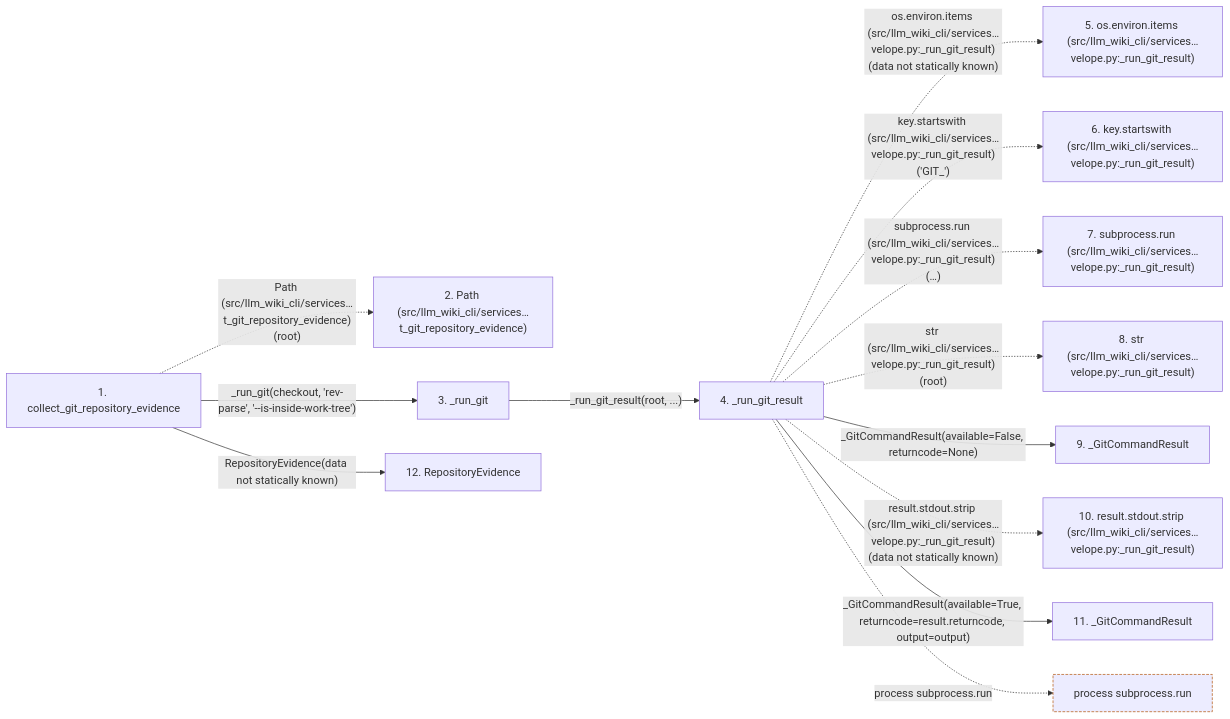
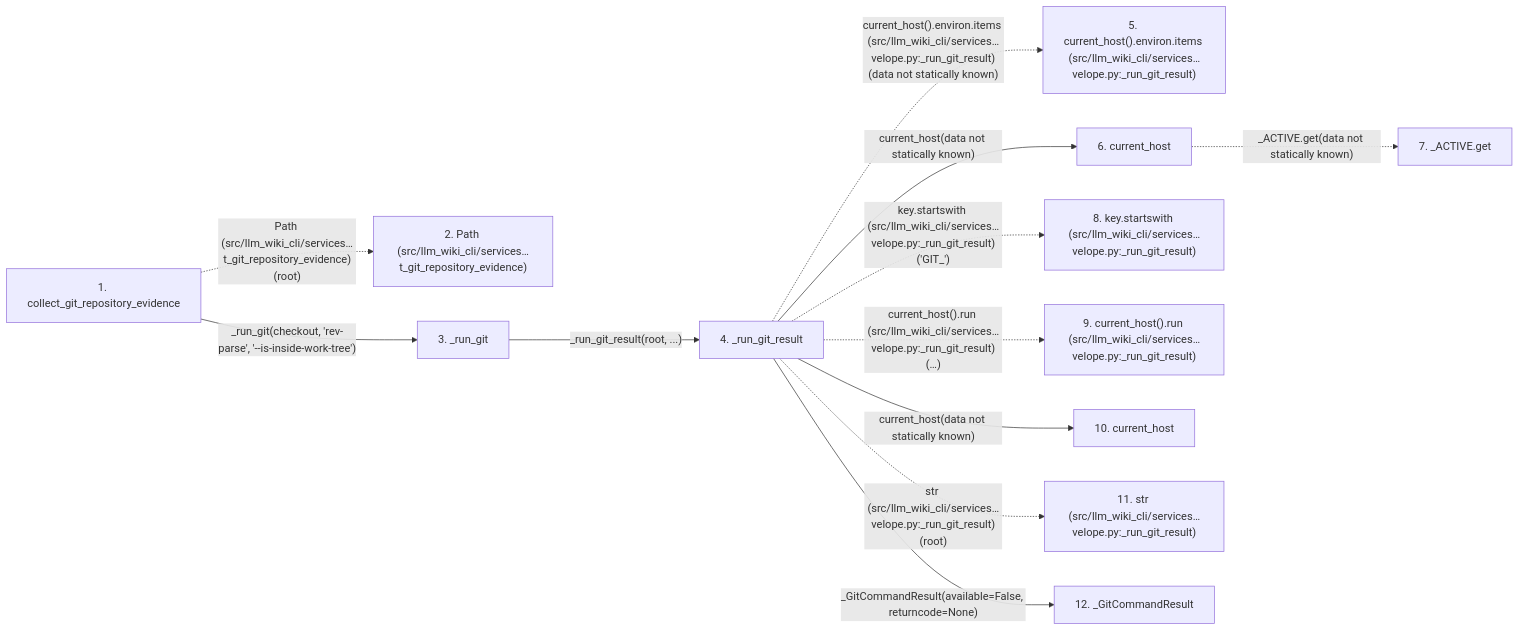
One commit to Denissvgn/python-wiki-llm changed the second of 2 diagrams in docs/llm_wiki/flows/api-collect_git_repository_evidence.md. Above: the diagram before and after it, drawn with Mermaid. The commit also changed other lines of this file and 1555 other files, not shown here.

````diff
--- a/docs/llm_wiki/flows/api-collect_git_repository_evidence.md
+++ b/docs/llm_wiki/flows/api-collect_git_repository_evidence.md
@@ -126,36 +127,32 @@
 ```mermaid
 flowchart LR
     s1["1. collect_git_repository_evidence"]
     s2["2. Path (src/llm_wiki_cli/services…t_git_repository_evidence)"]
     s3["3. _run_git"]
     s4["4. _run_git_result"]
-    s5["5. os.environ.items (src/llm_wiki_cli/services…velope.py:_run_git_result)"]
-    s6["6. key.startswith (src/llm_wiki_cli/services…velope.py:_run_git_result)"]
-    s7["7. subprocess.run (src/llm_wiki_cli/services…velope.py:_run_git_result)"]
-    s8["8. str (src/llm_wiki_cli/services…velope.py:_run_git_result)"]
-    s9["9. _GitCommandResult"]
-    s10["10. result.stdout.strip (src/llm_wiki_cli/services…velope.py:_run_git_result)"]
-    s11["11. _GitCommandResult"]
-    s12["12. RepositoryEvidence"]
+    s5["5. current_host().environ.items (src/llm_wiki_cli/services…velope.py:_run_git_result)"]
+    s6["6. current_host"]
+    s7["7. _ACTIVE.get"]
+    s8["8. key.startswith (src/llm_wiki_cli/services…velope.py:_run_git_result)"]
+    s9["9. current_host().run (src/llm_wiki_cli/services…velope.py:_run_git_result)"]
+    s10["10. current_host"]
+    s11["11. str (src/llm_wiki_cli/services…velope.py:_run_git_result)"]
+    s12["12. _GitCommandResult"]
     s1 -. "Path (src/llm_wiki_cli/services…t_git_repository_evidence)(root)" .-> s2
     s1 -->|"_run_git(checkout, 'rev-parse', '--is-inside-work-tree')"| s3
     s3 -->|"_run_git_result(root, ...)"| s4
-    s4 -. "os.environ.items (src/llm_wiki_cli/services…velope.py:_run_git_result)(data not statically known)" .-> s5
-    s4 -. "key.startswith (src/llm_wiki_cli/services…velope.py:_run_git_result)('GIT_')" .-> s6
-    s4 -. "subprocess.run (src/llm_wiki_cli/services…velope.py:_run_git_result)(…)" .-> s7
-    s4 -. "str (src/llm_wiki_cli/services…velope.py:_run_git_result)(root)" .-> s8
-    s4 -->|"_GitCommandResult(available=False, returncode=None)"| s9
-    s4 -. "result.stdout.strip (src/llm_wiki_cli/services…velope.py:_run_git_result)(data not statically known)" .-> s10
-    s4 -->|"_GitCommandResult(available=True, returncode=result.returncode, output=output)"| s11
-    s1 -->|"RepositoryEvidence(data not statically known)"| s12
-    b0["process subprocess.run"]
-    s4 -. "process subprocess.run" .-> b0
+    s4 -. "current_host().environ.items (src/llm_wiki_cli/services…velope.py:_run_git_result)(data not statically known)" .-> s5
+    s4 -->|"current_host(data not statically known)"| s6
+    s6 -. "_ACTIVE.get(data not statically known)" .-> s7
+    s4 -. "key.startswith (src/llm_wiki_cli/services…velope.py:_run_git_result)('GIT_')" .-> s8
+    s4 -. "current_host().run (src/llm_wiki_cli/services…velope.py:_run_git_result)(…)" .-> s9
+    s4 -->|"current_host(data not statically known)"| s10
+    s4 -. "str (src/llm_wiki_cli/services…velope.py:_run_git_result)(root)" .-> s11
+    s4 -->|"_GitCommandResult(available=False, returncode=None)"| s12
     click s1 "../modules/knowledge_envelope.md"
     click s3 "../modules/knowledge_envelope.md"
     click s4 "../modules/knowledge_envelope.md"
-    click s9 "../modules/knowledge_envelope.md"
-    click s11 "../modules/knowledge_envelope.md"
+    click s6 "../modules/host.md"
+    click s10 "../modules/host.md"
     click s12 "../modules/knowledge_envelope.md"
-    classDef boundary stroke:#b45309,stroke-dasharray: 4 2
-    class b0 boundary
 ```
````
